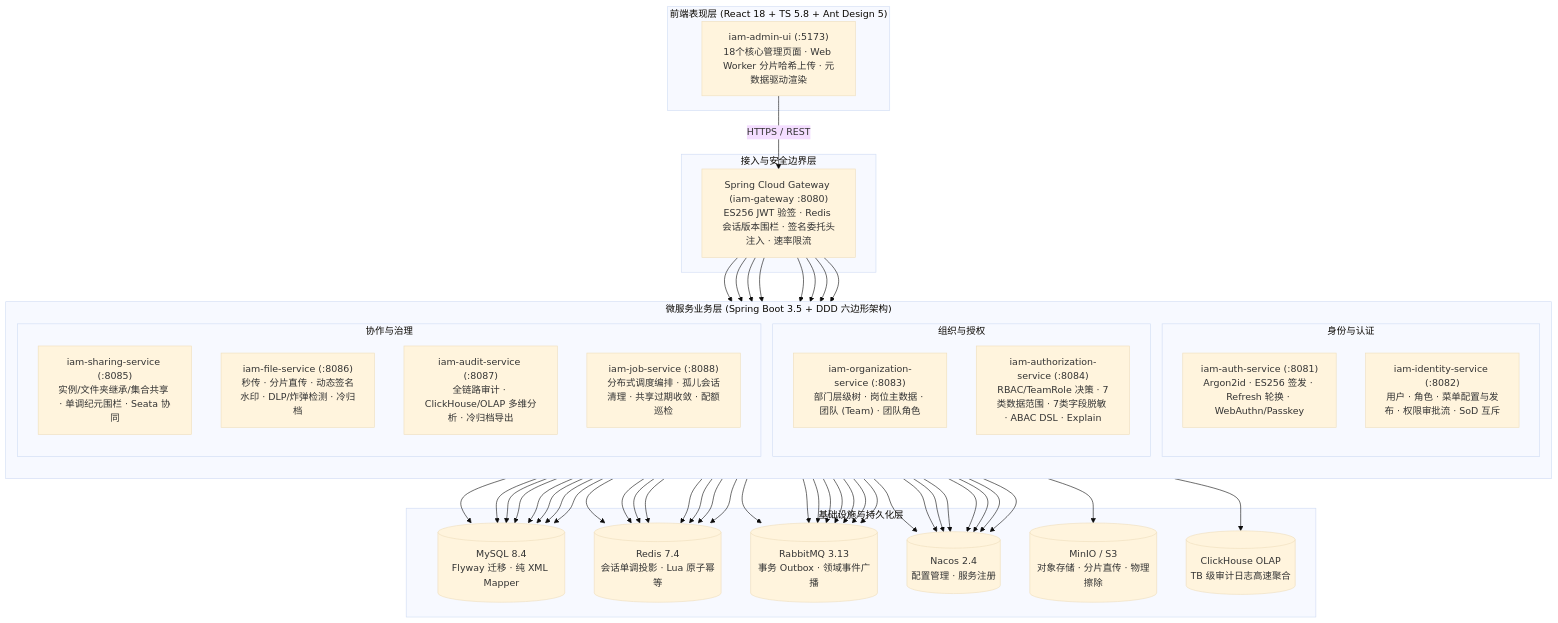
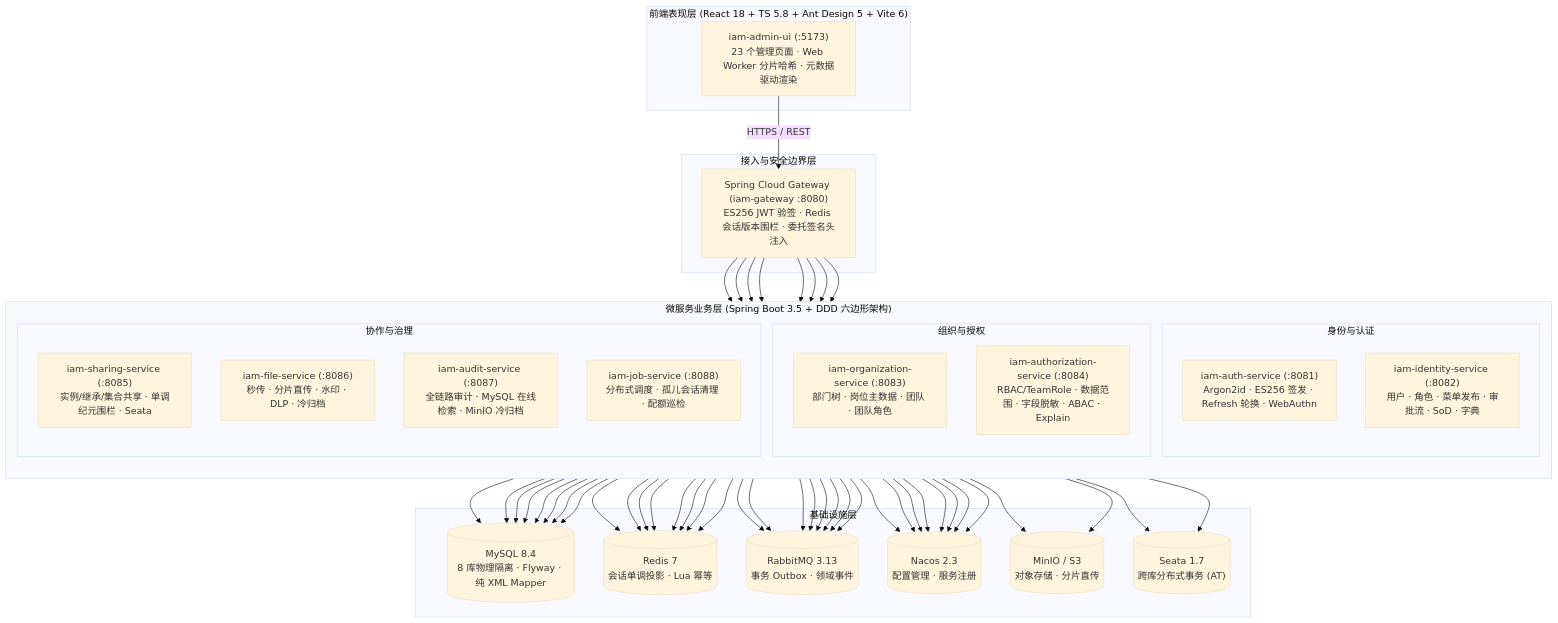
Before and after one commit to cpc-lib/enterprise-iam: the diagram in README.md, drawn with Mermaid (base theme). The commit also changed other lines of this file and 1 other file, not shown here.

````diff
--- a/README.md
+++ b/README.md
@@ -27,43 +25,43 @@
 ```mermaid
 flowchart TB
-    subgraph Client["前端表现层 (React 18 + TS 5.8 + Ant Design 5)"]
-        UI["iam-admin-ui (:5173)<br/>18个核心管理页面 · Web Worker 分片哈希上传 · 元数据驱动渲染"]
+    subgraph Client["前端表现层 (React 18 + TS 5.8 + Ant Design 5 + Vite 6)"]
+        UI["iam-admin-ui (:5173)<br/>23 个管理页面 · Web Worker 分片哈希 · 元数据驱动渲染"]
     end
 
     subgraph GatewayLayer["接入与安全边界层"]
-        GW["Spring Cloud Gateway (iam-gateway :8080)<br/>ES256 JWT 验签 · Redis 会话版本围栏 · 签名委托头注入 · 速率限流"]
+        GW["Spring Cloud Gateway (iam-gateway :8080)<br/>ES256 JWT 验签 · Redis 会话版本围栏 · 委托签名头注入"]
     end
 
     subgraph ServiceMesh["微服务业务层 (Spring Boot 3.5 + DDD 六边形架构)"]
         direction TB
         subgraph Group1["身份与认证"]
-            AUTH["iam-auth-service (:8081)<br/>Argon2id · ES256 签发 · Refresh 轮换 · WebAuthn/Passkey"]
-            ID["iam-identity-service (:8082)<br/>用户 · 角色 · 菜单配置与发布 · 权限审批流 · SoD 互斥"]
+            AUTH["iam-auth-service (:8081)<br/>Argon2id · ES256 签发 · Refresh 轮换 · WebAuthn"]
+            ID["iam-identity-service (:8082)<br/>用户 · 角色 · 菜单发布 · 审批流 · SoD · 字典"]
         end
         subgraph Group2["组织与授权"]
-            ORG["iam-organization-service (:8083)<br/>部门层级树 · 岗位主数据 · 团队 (Team) · 团队角色"]
-            AUTHZ["iam-authorization-service (:8084)<br/>RBAC/TeamRole 决策 · 7类数据范围 · 7类字段脱敏 · ABAC DSL · Explain"]
+            ORG["iam-organization-service (:8083)<br/>部门树 · 岗位主数据 · 团队 · 团队角色"]
+            AUTHZ["iam-authorization-service (:8084)<br/>RBAC/TeamRole · 数据范围 · 字段脱敏 · ABAC · Explain"]
         end
         subgraph Group3["协作与治理"]
-            SHARE["iam-sharing-service (:8085)<br/>实例/文件夹继承/集合共享 · 单调纪元围栏 · Seata 协同"]
-            FILE["iam-file-service (:8086)<br/>秒传 · 分片直传 · 动态签名水印 · DLP/炸弹检测 · 冷归档"]
-            AUDIT["iam-audit-service (:8087)<br/>全链路审计 · ClickHouse/OLAP 多维分析 · 冷归档导出"]
-            JOB["iam-job-service (:8088)<br/>分布式调度编排 · 孤儿会话清理 · 共享过期收敛 · 配额巡检"]
+            SHARE["iam-sharing-service (:8085)<br/>实例/继承/集合共享 · 单调纪元围栏 · Seata"]
+            FILE["iam-file-service (:8086)<br/>秒传 · 分片直传 · 水印 · DLP · 冷归档"]
+            AUDIT["iam-audit-service (:8087)<br/>全链路审计 · MySQL 在线检索 · MinIO 冷归档"]
+            JOB["iam-job-service (:8088)<br/>分布式调度 · 孤儿会话清理 · 配额巡检"]
         end
     end
 
-    subgraph InfraLayer["基础设施与持久化层"]
-        MySQL[("MySQL 8.4<br/>Flyway 迁移 · 纯 XML Mapper")]
-        Redis[("Redis 7.4<br/>会话单调投影 · Lua 原子幂等")]
-        RabbitMQ[("RabbitMQ 3.13<br/>事务 Outbox · 领域事件广播")]
-        Nacos[("Nacos 2.4<br/>配置管理 · 服务注册")]
-        MinIO[("MinIO / S3<br/>对象存储 · 分片直传 · 物理擦除")]
-        ClickHouse[("ClickHouse OLAP<br/>TB 级审计日志高速聚合")]
+    subgraph InfraLayer["基础设施层"]
+        MySQL[("MySQL 8.4<br/>8 库物理隔离 · Flyway · 纯 XML Mapper")]
+        Redis[("Redis 7<br/>会话单调投影 · Lua 幂等")]
+        RabbitMQ[("RabbitMQ 3.13<br/>事务 Outbox · 领域事件")]
+        Nacos[("Nacos 2.3<br/>配置管理 · 服务注册")]
+        MinIO[("MinIO / S3<br/>对象存储 · 分片直传")]
+        Seata[("Seata 1.7<br/>跨库分布式事务 (AT)")]
     end
 
     UI -->|HTTPS / REST| GW
     GW --> AUTH & ID & ORG & AUTHZ & SHARE & FILE & AUDIT & JOB
     AUTH & ID & ORG & AUTHZ & SHARE & FILE & AUDIT & JOB --> MySQL & Redis & RabbitMQ & Nacos
-    FILE --> MinIO
-    AUDIT --> ClickHouse
+    SHARE & AUTHZ --> Seata
+    FILE & AUDIT --> MinIO
 ```
````
